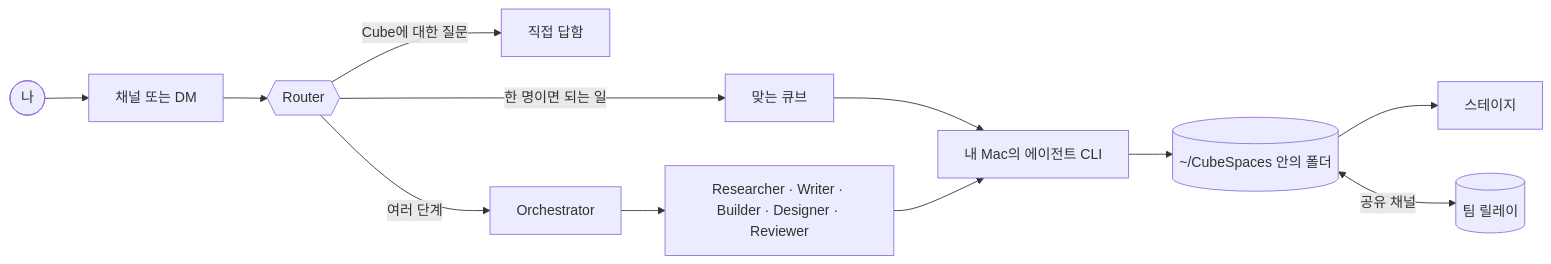
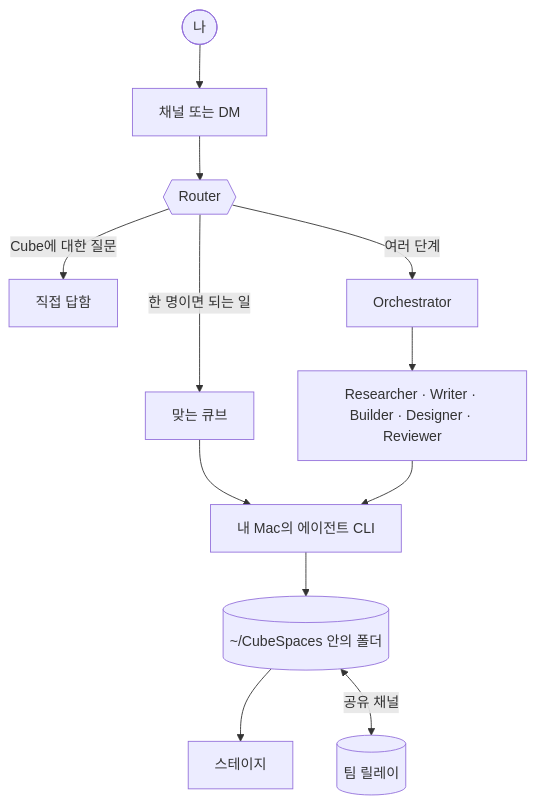
One commit to HarryKane11/cube changed the diagram in README.ko.md. Above: the diagram before and after it, drawn with Mermaid. The commit also changed 1 other file, not shown here.

Commit message:
docs: draw the "how it works" diagram top to bottom
Left to right, nine boxes shrink to fit the page and the words in them
become too small to read on GitHub.

````diff
--- a/README.ko.md
+++ b/README.ko.md
@@ -214,14 +214,14 @@
 ```mermaid
-flowchart LR
+flowchart TD
   you([나]) --> conv[채널 또는 DM]
   conv --> router{{Router}}
   router -- "Cube에 대한 질문" --> self[직접 답함]
   router -- "한 명이면 되는 일" --> one[맞는 큐브]
   router -- "여러 단계" --> orch[Orchestrator]
   orch --> team[Researcher · Writer · Builder · Designer · Reviewer]
   one --> cli
   team --> cli[내 Mac의 에이전트 CLI]
   cli --> folder[("~/CubeSpaces 안의 폴더")]
   folder --> stage[스테이지]
   folder <-->|공유 채널| relay[(팀 릴레이)]
 ```
````
